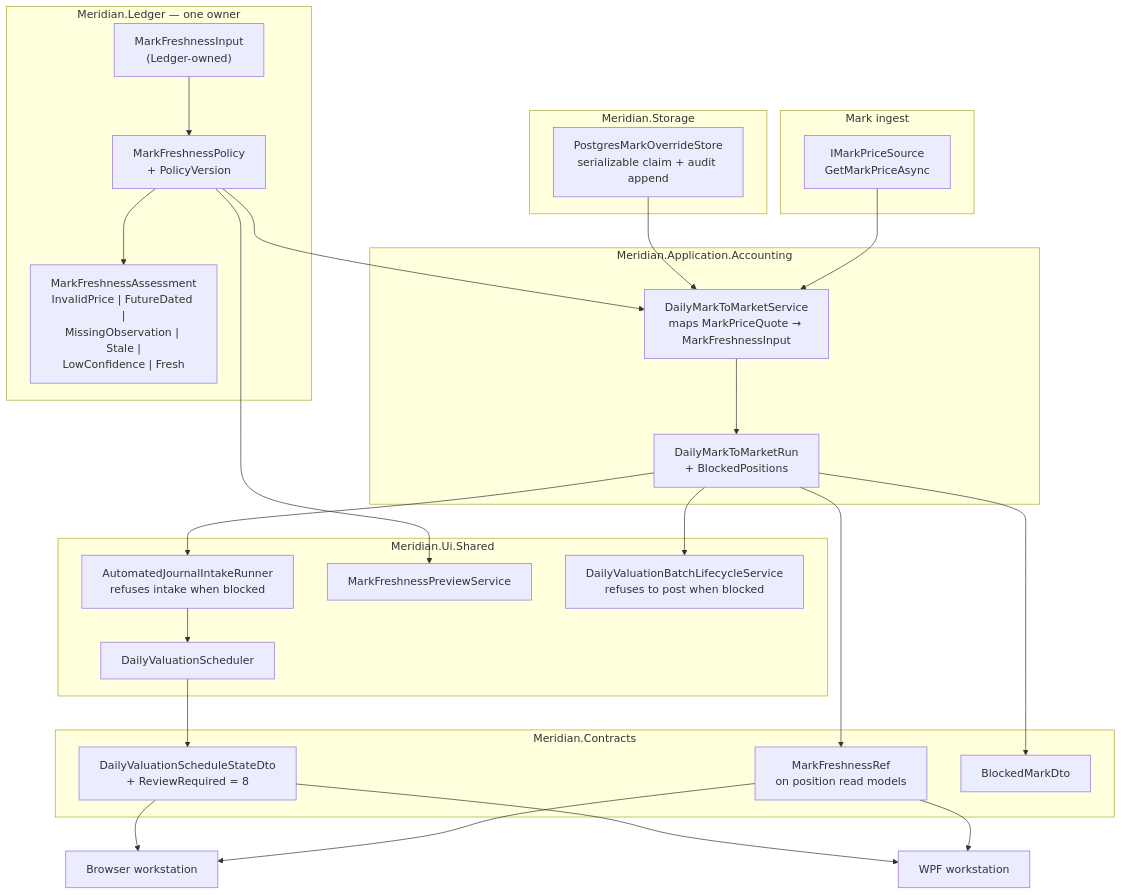
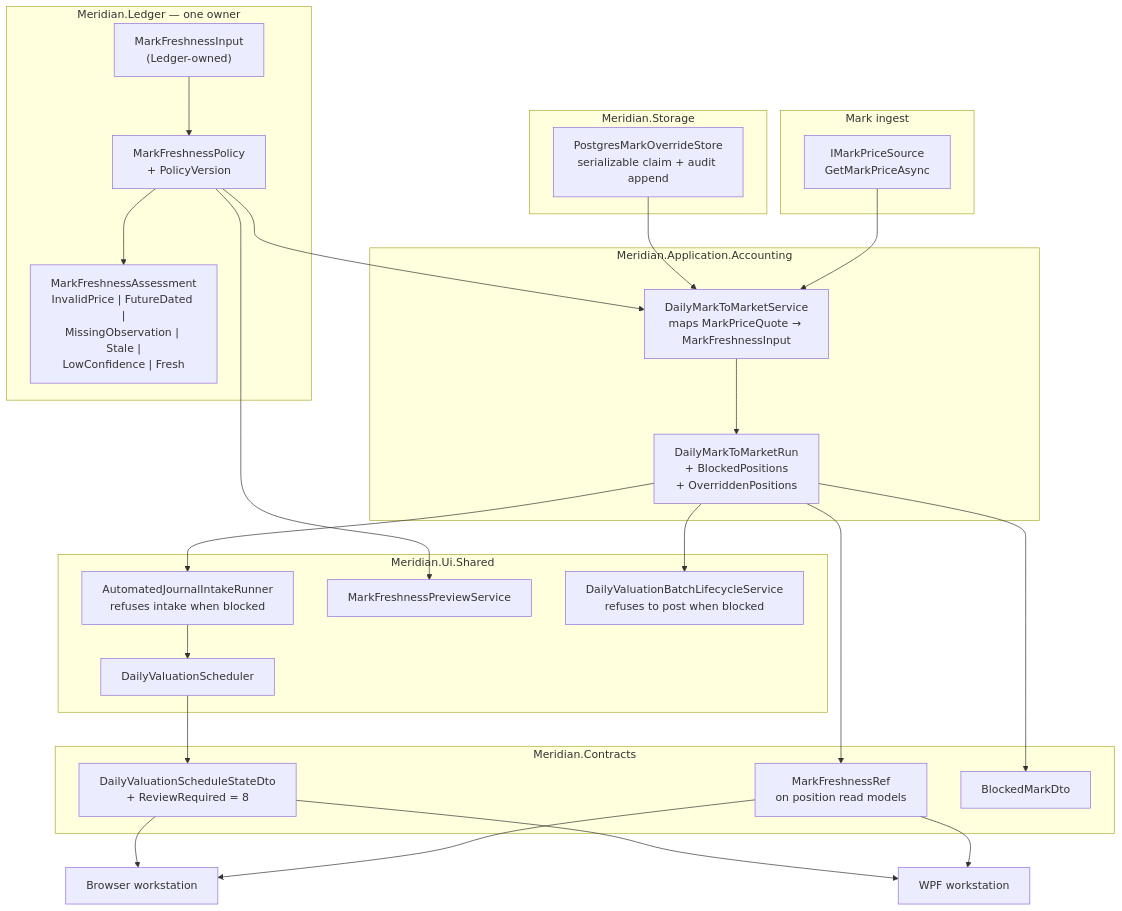
The diagram in docs/engineering/blueprints/w10-mark-001-fail-closed-marks.md (rodoHasArrived/Meridian-main), drawn with Mermaid before and after one commit. The commit also changed other lines of this file and 4 other files, not shown here.

````diff
--- a/docs/engineering/blueprints/w10-mark-001-fail-closed-marks.md
+++ b/docs/engineering/blueprints/w10-mark-001-fail-closed-marks.md
@@ -76,42 +76,42 @@
 ```mermaid
 flowchart TB
   subgraph src["Mark ingest"]
     MPS["IMarkPriceSource<br/>GetMarkPriceAsync"]
   end
   subgraph led["Meridian.Ledger — one owner"]
     MFP["MarkFreshnessPolicy<br/>+ PolicyVersion"]
     IN["MarkFreshnessInput<br/>(Ledger-owned)"]
     ASM["MarkFreshnessAssessment<br/>InvalidPrice | FutureDated |<br/>MissingObservation | Stale |<br/>LowConfidence | Fresh"]
   end
   subgraph app["Meridian.Application.Accounting"]
     DMM["DailyMarkToMarketService<br/>maps MarkPriceQuote → MarkFreshnessInput"]
-    RUN["DailyMarkToMarketRun<br/>+ BlockedPositions"]
+    RUN["DailyMarkToMarketRun<br/>+ BlockedPositions<br/>+ OverriddenPositions"]
   end
   subgraph sto["Meridian.Storage"]
     OVR["PostgresMarkOverrideStore<br/>serializable claim + audit append"]
   end
   subgraph sh["Meridian.Ui.Shared"]
     SCH["DailyValuationScheduler"]
     INT["AutomatedJournalIntakeRunner<br/>refuses intake when blocked"]
     PRV["MarkFreshnessPreviewService"]
     LIF["DailyValuationBatchLifecycleService<br/>refuses to post when blocked"]
   end
   subgraph ct["Meridian.Contracts"]
     RM["MarkFreshnessRef<br/>on position read models"]
     ST["DailyValuationScheduleStateDto<br/>+ ReviewRequired = 8"]
     BM["BlockedMarkDto"]
   end
   MPS --> DMM
   MFP --> DMM
   IN --> MFP --> ASM
   OVR --> DMM
   DMM --> RUN --> INT --> SCH --> ST
   RUN --> LIF
   RUN --> BM
   RUN --> RM
   MFP --> PRV
   RM --> BR["Browser workstation"]
   RM --> WP["WPF workstation"]
   ST --> BR
   ST --> WP
 ```
````
